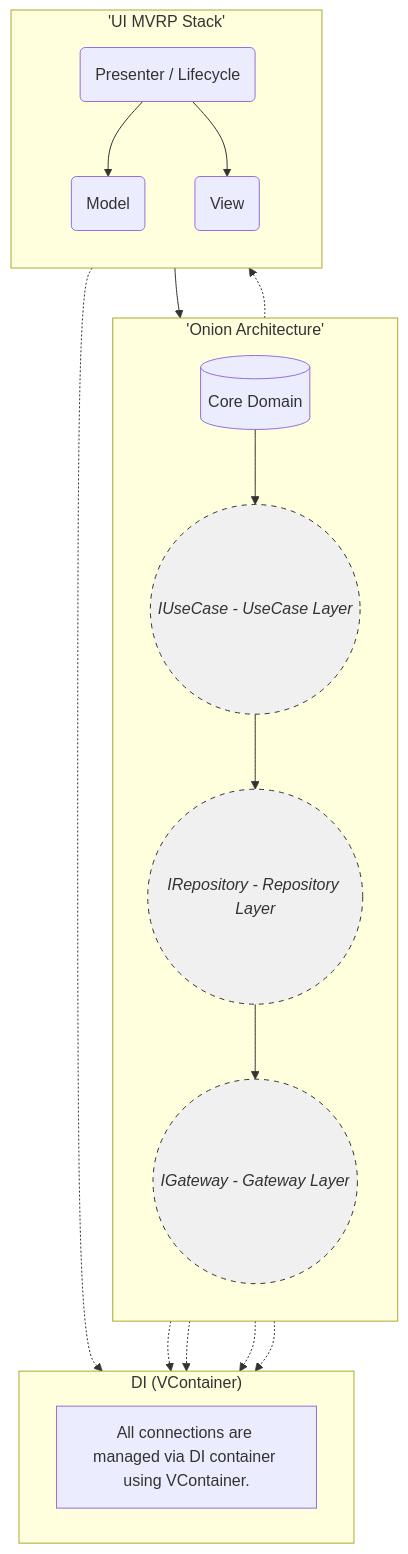
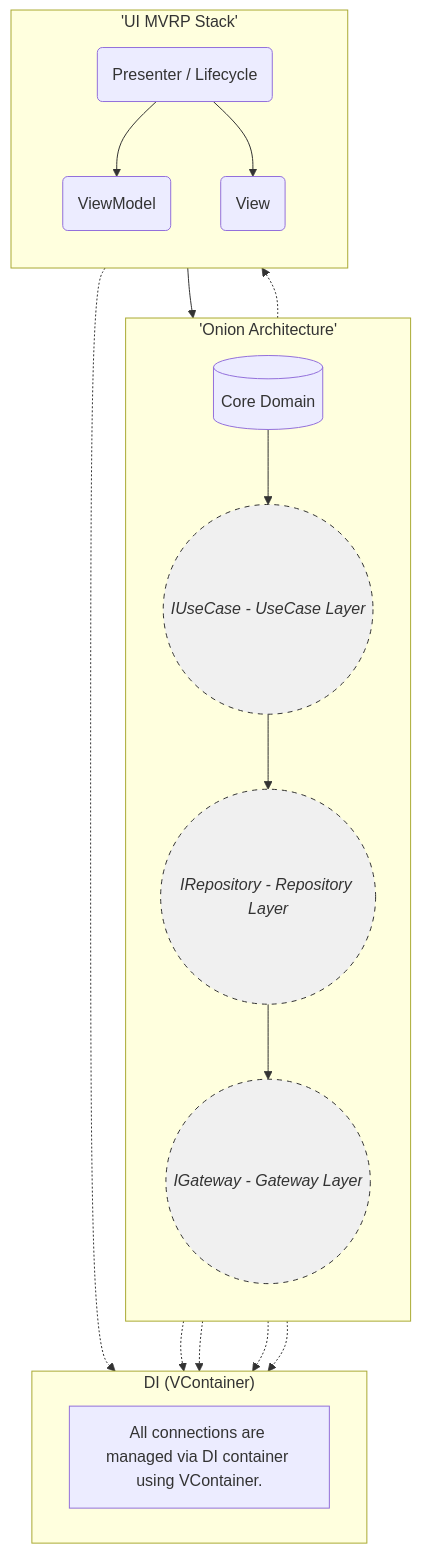
One commit to kwan3854/UnityUIStoryboard-Docs changed the diagram in ui-storyboard/undefined/undefined.md. Above: the diagram before and after it, drawn with Mermaid. The commit also changed other lines of this file and 3 other files, not shown here.

````diff
--- a/ui-storyboard/undefined/undefined.md
+++ b/ui-storyboard/undefined/undefined.md
@@ -3,47 +7,47 @@
 ```mermaid
 flowchart TB
     %% Onion Architecture Subgraph
     subgraph 'Onion Architecture'
       direction TB
       CoreDomain[(Core Domain)]
       UseCases((IUseCase - UseCase Layer))
       Repository((IRepository - Repository Layer))
       Gateway((IGateway - Gateway Layer))
     end
 
     %% UI Subgraph
     subgraph UI_MVRP_Stack['UI MVRP Stack']
       direction TB
       Presenter(Presenter / Lifecycle)
-      Model(Model)
+      ViewModel(ViewModel)
       View(View)
     end
 
     %% Core Domain is the base for the entire architecture, including UI
     CoreDomain -.-> UI_MVRP_Stack
 
     %% Connections between layers
     CoreDomain --> UseCases
     UseCases --> Repository
     Repository --> Gateway
     
     Presenter --> UseCases
-    Presenter --> Model
+    Presenter --> ViewModel
     Presenter --> View
 
     %% Notes and Dependency Injection
     classDef interface fill:#f0f0f0,stroke:#333,stroke-width:1px,stroke-dasharray: 5 5,color:#333,font-style:italic;
 
     %% Apply interface style
     class UseCases,Repository,Gateway interface
 
     %% Dependency Injection Explanation
     subgraph DependencyInjection["DI (VContainer)"]
       note1[All connections are managed via DI container using VContainer.]
     end
     CoreDomain -.-> DependencyInjection
     UseCases -.-> DependencyInjection
     Repository -.-> DependencyInjection
     Gateway -.-> DependencyInjection
     UI_MVRP_Stack -.-> DependencyInjection
 ```
````
